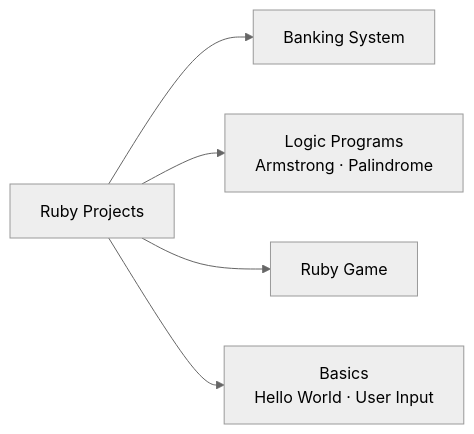
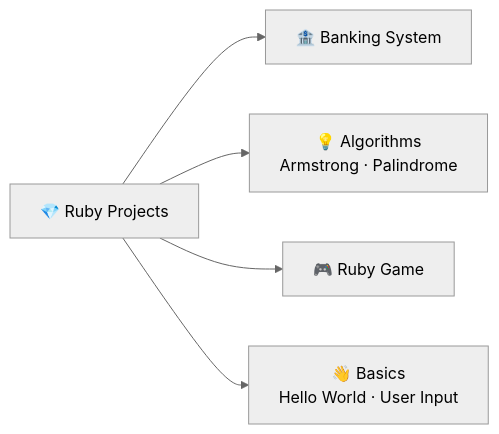
The seventh of 8 diagrams in README.md (Manthanvinzuda007/Academic-Projects-2024-2028), drawn with Mermaid (neutral theme) before and after one commit. The commit also changed other lines of this file, not shown here.

````diff
--- a/README.md
+++ b/README.md
@@ -315,7 +368,7 @@
 ```mermaid
 flowchart LR
-    RB[Ruby Projects] --> BANK[Banking System]
-    RB --> LOGIC[Logic Programs\nArmstrong · Palindrome]
-    RB --> GAME[Ruby Game]
-    RB --> BASICS[Basics\nHello World · User Input]
+    RB["💎 Ruby Projects"] --> BANK["🏦 Banking System"]
+    RB --> ALG["💡 Algorithms\nArmstrong · Palindrome"]
+    RB --> GAME["🎮 Ruby Game"]
+    RB --> BASICS["👋 Basics\nHello World · User Input"]
 ```
````
